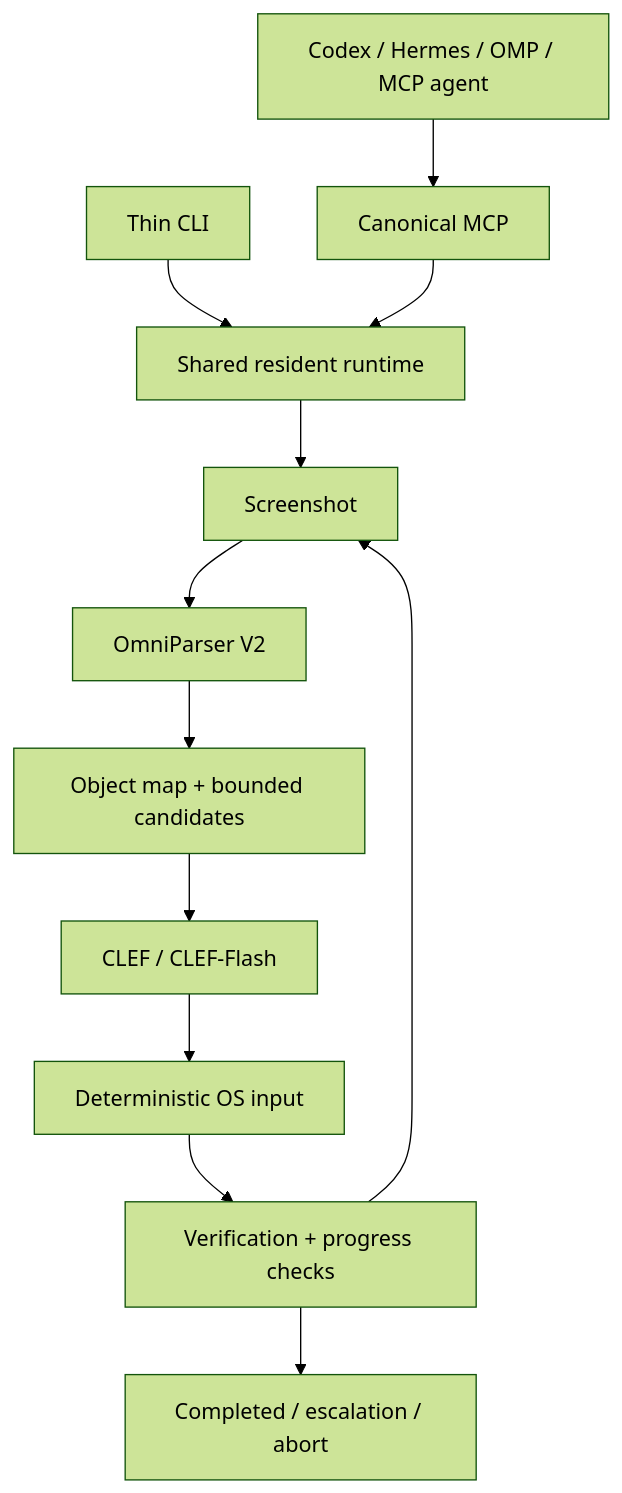
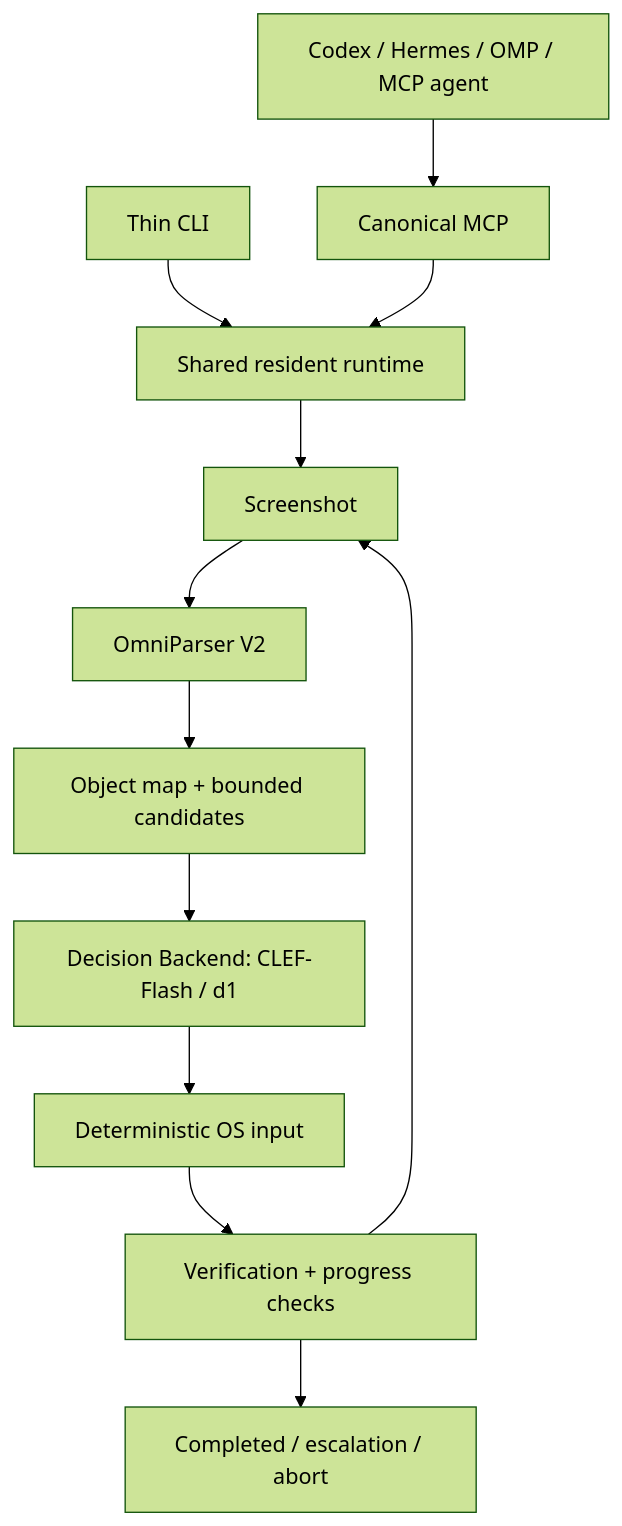
Before and after one commit to snowman0919/clef-use: the diagram in README.md, drawn with Mermaid (forest theme). The commit also changed other lines of this file and 31 other files, not shown here.

````diff
--- a/README.md
+++ b/README.md
@@ -18,14 +19,14 @@
 ```mermaid
 flowchart TD
     A[Codex / Hermes / OMP / MCP agent] --> M[Canonical MCP]
     C[Thin CLI] --> R[Shared resident runtime]
     M --> R
     R --> S[Screenshot]
     S --> P[OmniParser V2]
     P --> O[Object map + bounded candidates]
-    O --> D[CLEF / CLEF-Flash]
+    O --> D[Decision Backend: CLEF-Flash / d1]
     D --> E[Deterministic OS input]
     E --> V[Verification + progress checks]
     V --> S
     V --> T[Completed / escalation / abort]
 ```
````
